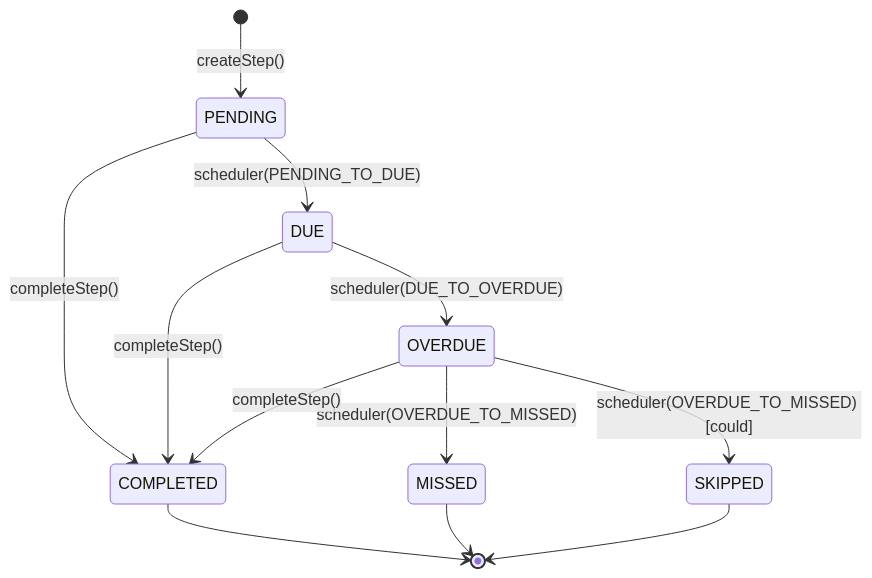
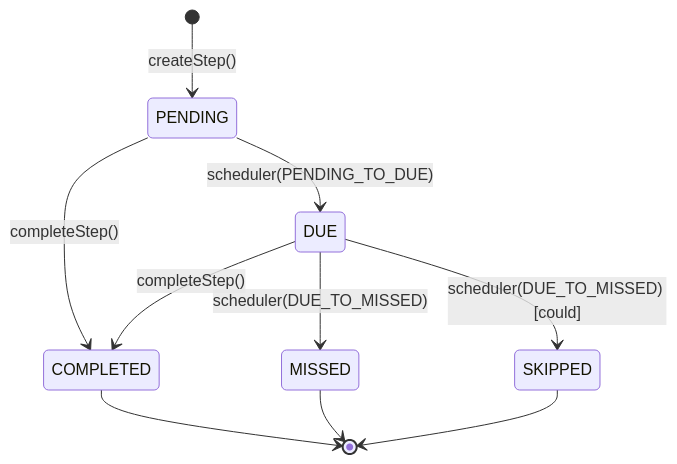
One commit to Jayaprakash8887/cce-compliance-service changed the sixth of 9 diagrams in docs/architecture-overview.md. Above: the diagram before and after it, drawn with Mermaid. The commit also changed other lines of this file and 17 other files, not shown here.

Commit message:
Removal of OVERDUE step state

````diff
--- a/docs/architecture-overview.md
+++ b/docs/architecture-overview.md
@@ -505,14 +507,12 @@
 ```mermaid
 stateDiagram-v2
     [*] --> PENDING : createStep()
     PENDING --> DUE : scheduler(PENDING_TO_DUE)
-    DUE --> OVERDUE : scheduler(DUE_TO_OVERDUE)
-    OVERDUE --> MISSED : scheduler(OVERDUE_TO_MISSED)
+    DUE --> MISSED : scheduler(DUE_TO_MISSED)
     PENDING --> COMPLETED : completeStep()
     DUE --> COMPLETED : completeStep()
-    OVERDUE --> COMPLETED : completeStep()
-    OVERDUE --> SKIPPED : scheduler(OVERDUE_TO_MISSED) [could]
+    DUE --> SKIPPED : scheduler(DUE_TO_MISSED) [could]
     COMPLETED --> [*]
     MISSED --> [*]
     SKIPPED --> [*]
 ```
````
